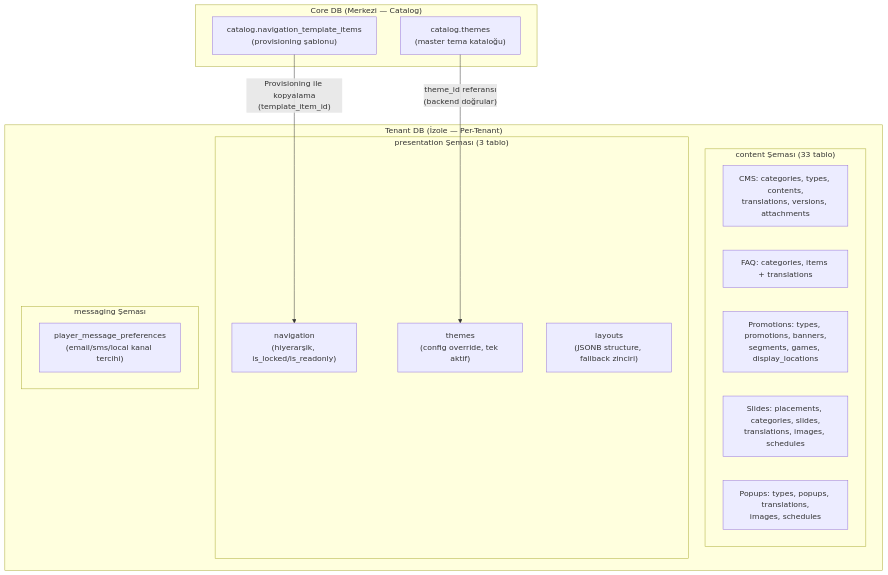
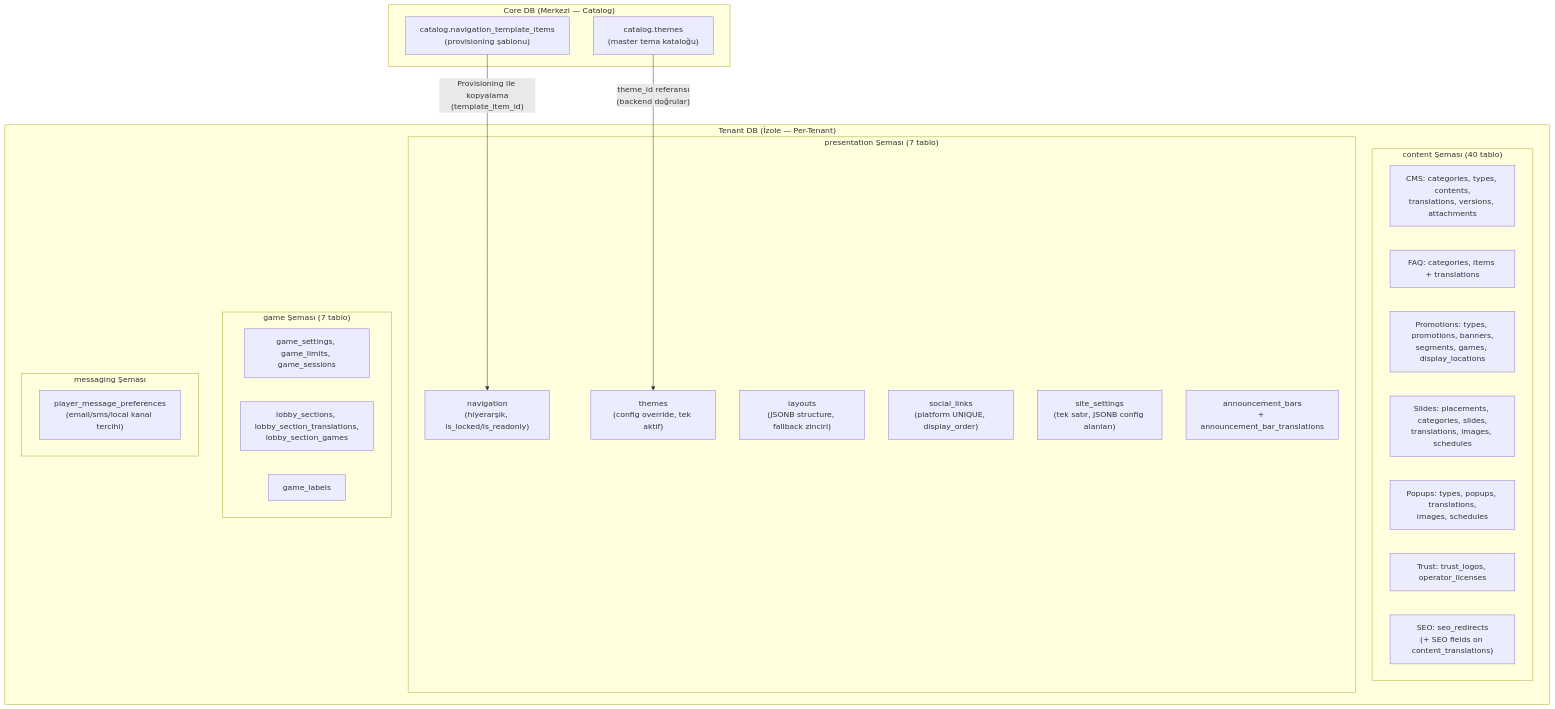
One commit to frhtshn/One.DB changed the first of 4 diagrams in .docs/guides/SITE_MANAGEMENT_GUIDE.md. Above: the diagram before and after it, drawn with Mermaid. The commit also changed other lines of this file and 77 other files, not shown here.

````diff
--- a/.docs/guides/SITE_MANAGEMENT_GUIDE.md
+++ b/.docs/guides/SITE_MANAGEMENT_GUIDE.md
@@ -26,30 +37,41 @@
 ```mermaid
 flowchart TD
     subgraph TENANT_DB["Tenant DB (İzole — Per-Tenant)"]
-        subgraph CONTENT["content Şeması (33 tablo)"]
+        subgraph CONTENT["content Şeması (40 tablo)"]
             CMS["CMS: categories, types, contents,<br/>translations, versions, attachments"]
             FAQ["FAQ: categories, items + translations"]
             PROMO["Promotions: types, promotions, banners,<br/>segments, games, display_locations"]
             SLIDE["Slides: placements, categories, slides,<br/>translations, images, schedules"]
             POPUP["Popups: types, popups, translations,<br/>images, schedules"]
+            TRUST["Trust: trust_logos, operator_licenses"]
+            SEO["SEO: seo_redirects<br/>(+ SEO fields on content_translations)"]
         end
 
-        subgraph PRES["presentation Şeması (3 tablo)"]
+        subgraph PRES["presentation Şeması (7 tablo)"]
             NAV["navigation<br/>(hiyerarşik, is_locked/is_readonly)"]
             THEME["themes<br/>(config override, tek aktif)"]
             LAYOUT["layouts<br/>(JSONB structure, fallback zinciri)"]
+            SOCIAL["social_links<br/>(platform UNIQUE, display_order)"]
+            SITESET["site_settings<br/>(tek satır, JSONB config alanları)"]
+            ANNBAR["announcement_bars<br/>+ announcement_bar_translations"]
+        end
+
+        subgraph GAME_SCHEMA["game Şeması (7 tablo)"]
+            GSET["game_settings, game_limits, game_sessions"]
+            LOBBY["lobby_sections, lobby_section_translations,<br/>lobby_section_games"]
+            GLABEL["game_labels"]
         end
 
         subgraph MSG["messaging Şeması"]
             PREF["player_message_preferences<br/>(email/sms/local kanal tercihi)"]
         end
     end
 
     subgraph CORE_DB["Core DB (Merkezi — Catalog)"]
         CAT_THEME["catalog.themes<br/>(master tema kataloğu)"]
         CAT_NAV["catalog.navigation_template_items<br/>(provisioning şablonu)"]
     end
 
     CAT_THEME -->|"theme_id referansı<br/>(backend doğrular)"| THEME
     CAT_NAV -->|"Provisioning ile kopyalama<br/>(template_item_id)"| NAV
 ```
````
